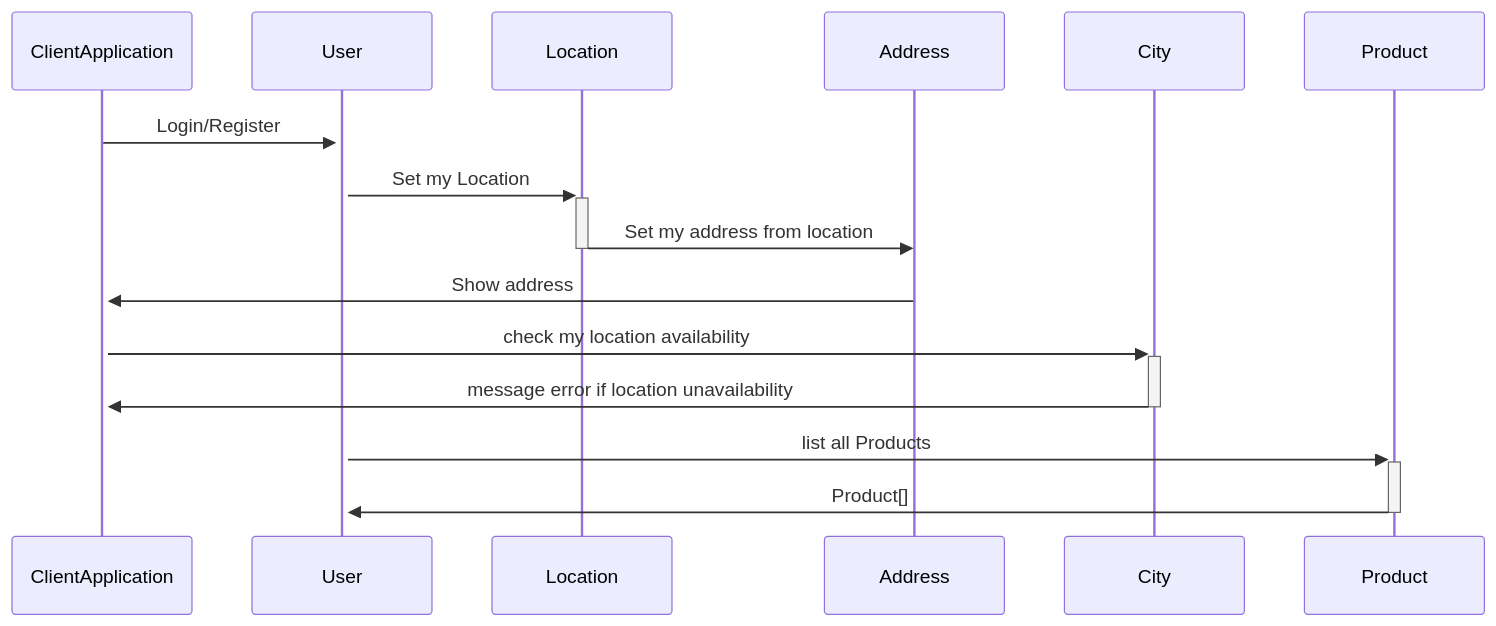
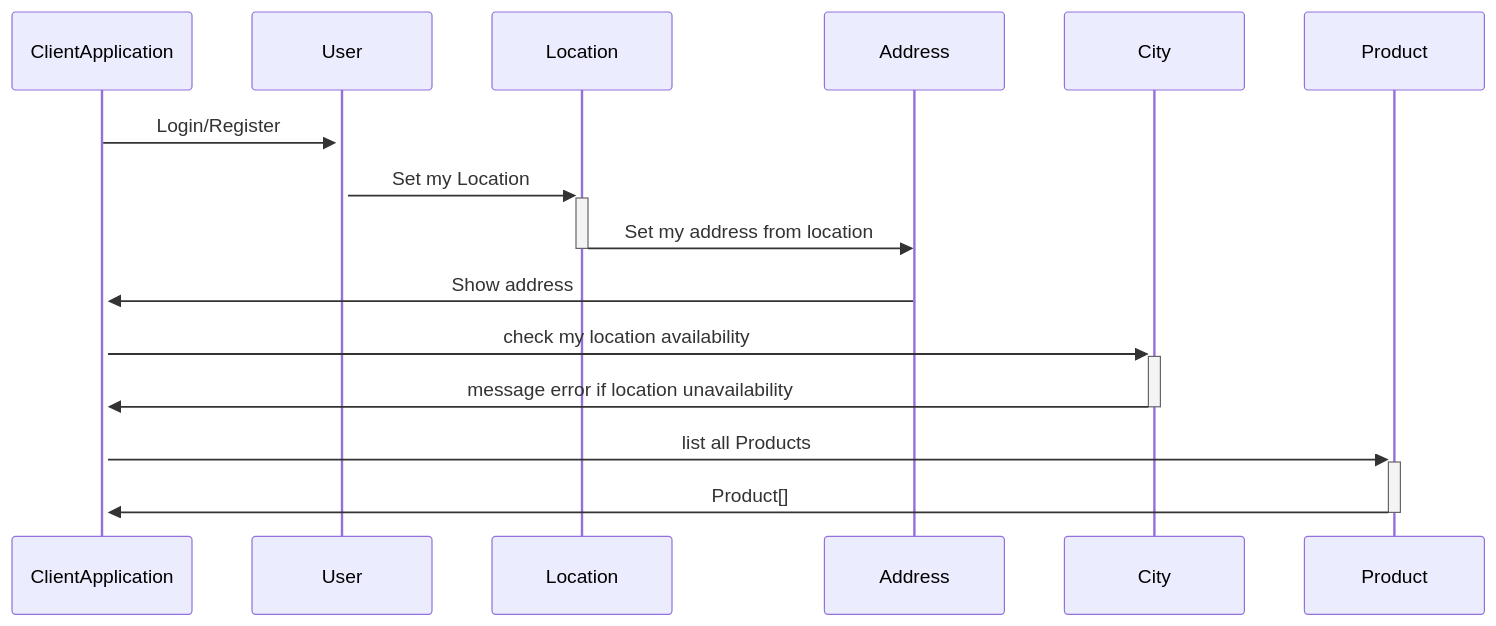
One commit to joussin/api_allopico_old changed the second of 6 diagrams in readme.md. Above: the diagram before and after it, drawn with Mermaid.

````diff
--- a/readme.md
+++ b/readme.md
@@ -183,19 +183,19 @@
 ```mermaid
 sequenceDiagram
 
 ClientApplication->>+User: Login/Register
 
 User->>+Location: Set my Location
 
 Location->>-Address: Set my address from location
 
 Address->>+ClientApplication: Show address
 
 ClientApplication->>+City: check my location availability
 
 City->>-ClientApplication: message error if location unavailability
 
-User->>+Product: list all Products
+ClientApplication->>+Product: list all Products
 
-Product->>-User: Product[]
+Product->>-ClientApplication: Product[]
 ```
````
